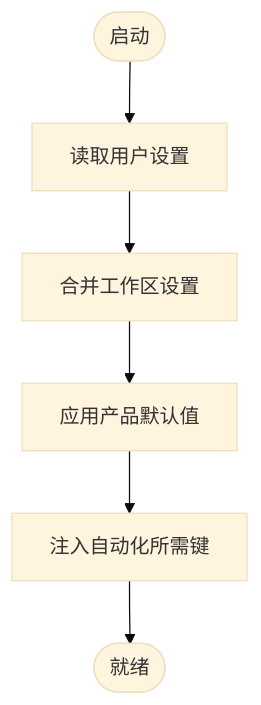
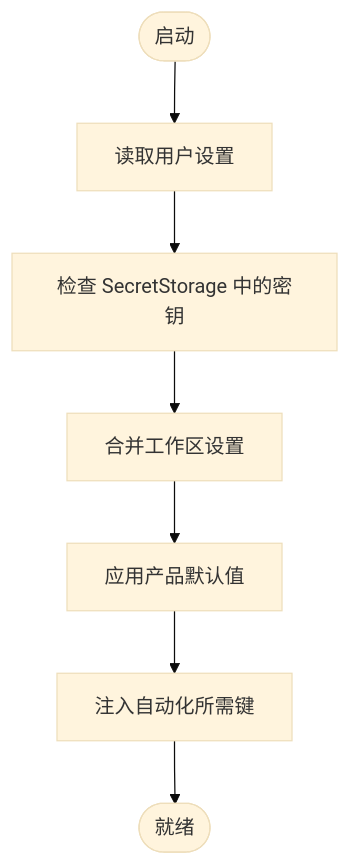
The third of 4 diagrams in .qoder/repowiki/zh/content/配置管理.md (sofate798/KodrixCode), drawn with Mermaid (base theme) before and after one commit. The commit also changed other lines of this file and 9 other files, not shown here.

First line of the commit message:
feat(security): 集成 SecretStorage 安全存储机制

````diff
--- a/.qoder/repowiki/zh/content/配置管理.md
+++ b/.qoder/repowiki/zh/content/配置管理.md
@@ -143,8 +179,9 @@
 ```mermaid
 flowchart TD
 Start(["启动"]) --> ReadUser["读取用户设置"]
-ReadUser --> MergeWS["合并工作区设置"]
+ReadUser --> CheckSecrets["检查 SecretStorage 中的密钥"]
+CheckSecrets --> MergeWS["合并工作区设置"]
 MergeWS --> ApplyDefaults["应用产品默认值"]
 ApplyDefaults --> InjectAuto["注入自动化所需键"]
 InjectAuto --> Ready(["就绪"])
 ```
````
